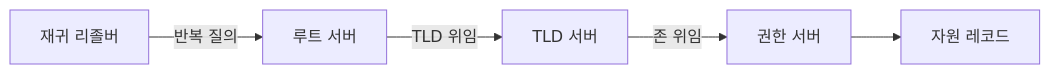
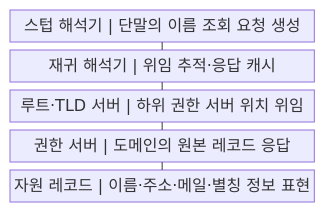
One commit to agnusdei1207/knowledge-base changed the first of 2 diagrams in src/content/docs/notes/04-network/008_dns_domain_name_system.md. Above: the diagram before and after it, drawn with Mermaid. The commit also changed other lines of this file and 20 other files, not shown here.

````diff
--- a/src/content/docs/notes/04-network/008_dns_domain_name_system.md
+++ b/src/content/docs/notes/04-network/008_dns_domain_name_system.md
@@ -58,7 +60,13 @@
 ```mermaid
-flowchart LR
-    R["재귀 리졸버"] -->|반복 질의| O["루트 서버"]
-    O -->|TLD 위임| T["TLD 서버"]
-    T -->|존 위임| A["권한 서버"]
-    A --> D["자원 레코드"]
+block
+    columns 1
+    A["스텁 해석기 | 단말의 이름 조회 요청 생성"]
+    B["재귀 해석기 | 위임 추적·응답 캐시"]
+    C["루트·TLD 서버 | 하위 권한 서버 위치 위임"]
+    D["권한 서버 | 도메인의 원본 레코드 응답"]
+    E["자원 레코드 | 이름·주소·메일·별칭 정보 표현"]
+    A --- B
+    B --- C
+    C --- D
+    D --- E
 ```
````
